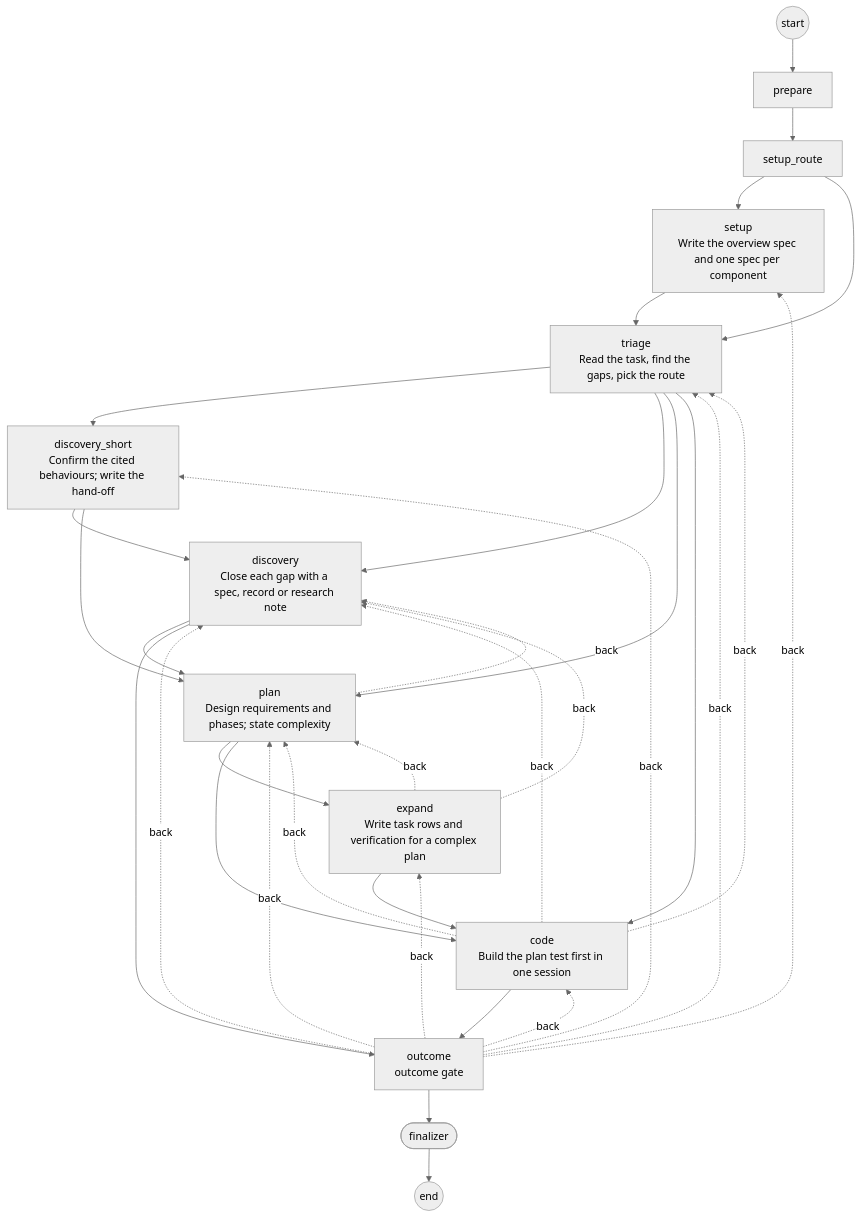
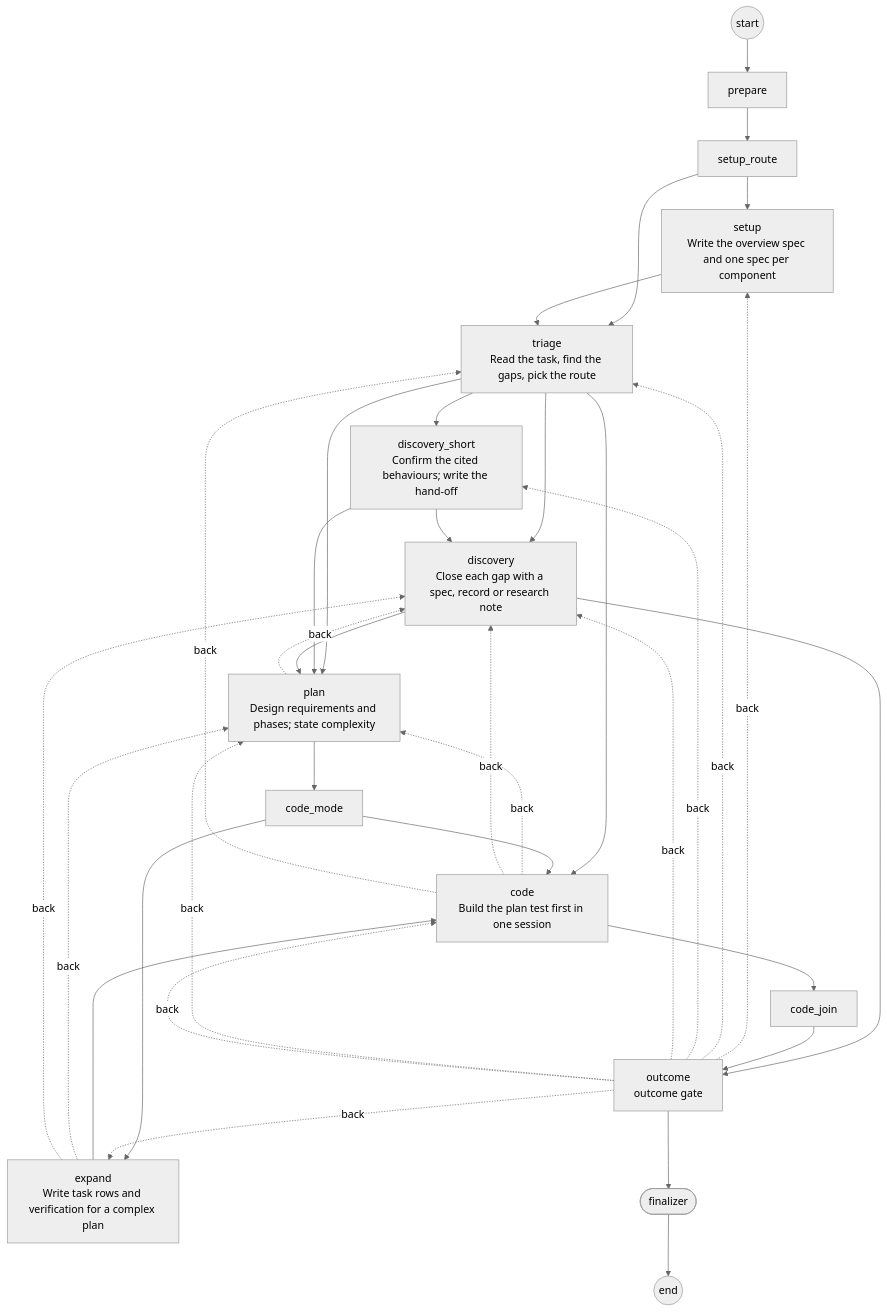
One commit to dbr0vskyi/tempergraph changed the diagram in plugins/temperspec-tgraph/diagram/workflow.md. Above: the diagram before and after it, drawn with Mermaid (neutral theme). The commit also changed 13 other files, not shown here.

````diff
--- a/plugins/temperspec-tgraph/diagram/workflow.md
+++ b/plugins/temperspec-tgraph/diagram/workflow.md
@@ -1,49 +1,53 @@
 ```mermaid
 flowchart TD
   start((start))
   u0["prepare"]
   u1["setup_route"]
   u2["setup<br/>Write the overview spec and one spec per component"]
   u3["triage<br/>Read the task, find the gaps, pick the route"]
   u4["discovery_short<br/>Confirm the cited behaviours; write the hand-off"]
   u5["discovery<br/>Close each gap with a spec, record or research note"]
   u6["plan<br/>Design requirements and phases; state complexity"]
-  u7["expand<br/>Write task rows and verification for a complex plan"]
-  u8["code<br/>Build the plan test first in one session"]
-  u9["outcome<br/>outcome gate"]
+  u7["code_mode"]
+  u8["expand<br/>Write task rows and verification for a complex plan"]
+  u9["code<br/>Build the plan test first in one session"]
+  u10["code_join"]
+  u11["outcome<br/>outcome gate"]
   fin([finalizer])
   stop((end))
   start --> u0
   u0 --> u1
   u1 --> u2
   u1 --> u3
   u2 --> u3
   u3 --> u4
   u3 --> u5
   u3 --> u6
-  u3 --> u8
+  u3 --> u9
   u4 --> u5
   u4 --> u6
   u5 --> u6
-  u5 --> u9
+  u5 --> u11
   u6 --> u7
-  u6 --> u8
   u6 -.->|back| u5
+  u7 --> u9
   u7 --> u8
-  u7 -.->|back| u6
-  u7 -.->|back| u5
   u8 --> u9
   u8 -.->|back| u6
   u8 -.->|back| u5
-  u8 -.->|back| u3
-  u9 --> fin
-  u9 -.->|back| u2
+  u9 --> u10
+  u9 -.->|back| u6
+  u9 -.->|back| u5
   u9 -.->|back| u3
-  u9 -.->|back| u4
-  u9 -.->|back| u5
-  u9 -.->|back| u6
-  u9 -.->|back| u7
-  u9 -.->|back| u8
+  u10 --> u11
+  u11 --> fin
+  u11 -.->|back| u2
+  u11 -.->|back| u3
+  u11 -.->|back| u4
+  u11 -.->|back| u5
+  u11 -.->|back| u6
+  u11 -.->|back| u8
+  u11 -.->|back| u9
   fin --> stop
 
 ```
````
